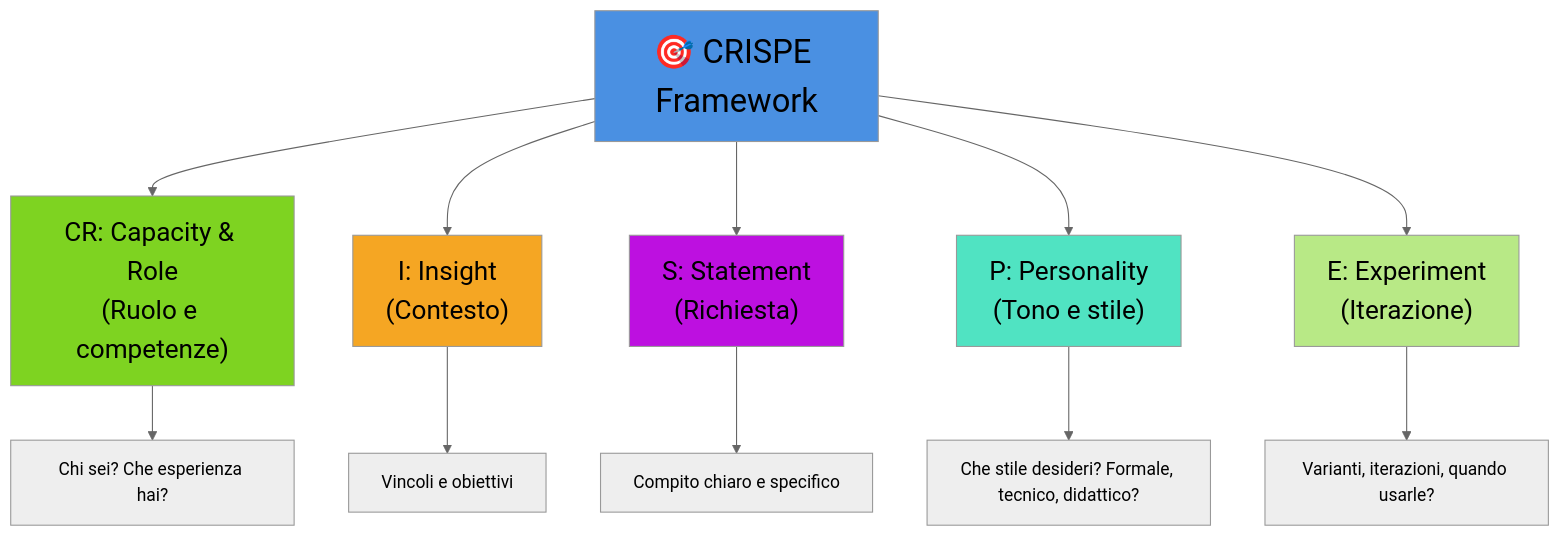
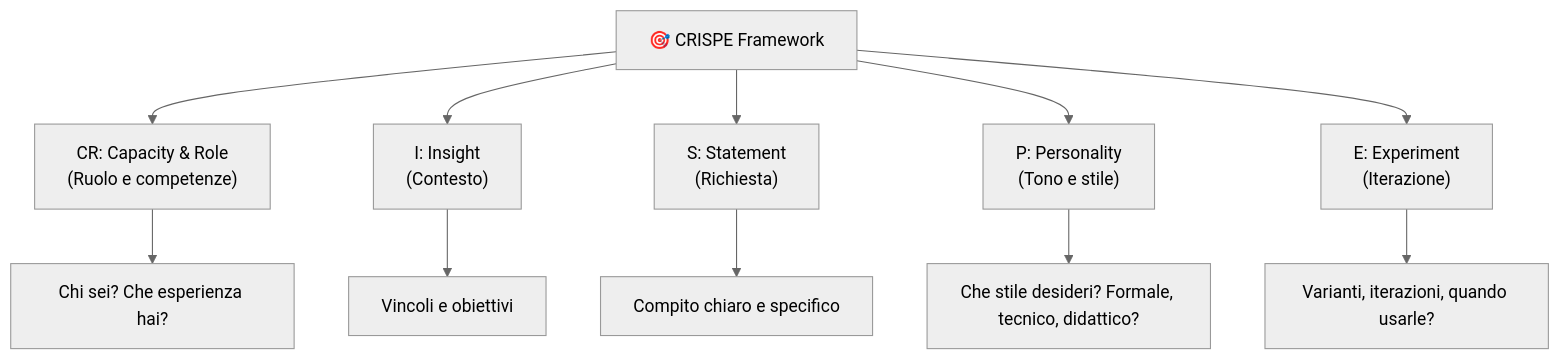
One commit to gdegani/its_slides_ai changed the first of 2 diagrams in pages/slides_lezione2a.md. Above: the diagram before and after it, drawn with Mermaid (neutral theme). The commit also changed other lines of this file and 2 other files, not shown here.

Commit message:
refactor: remove unnecessary styles and update content in slides

````diff
--- a/pages/slides_lezione2a.md
+++ b/pages/slides_lezione2a.md
@@ -87,28 +87,22 @@
 ```mermaid
 graph TD
     A["🎯 CRISPE Framework"] --> B["CR: Capacity & Role<br/>(Ruolo e competenze)"]
     A --> C["I: Insight<br/>(Contesto)"]
     A --> D["S: Statement<br/>(Richiesta)"]
     A --> E["P: Personality<br/>(Tono e stile)"]
     A --> F["E: Experiment<br/>(Iterazione)"]
     
     B --> B1["Chi sei? Che esperienza hai?"]
     
 
     C --> C2["Vincoli e obiettivi"]
     
     
     D --> D1["Compito chiaro e specifico"]
 
     
     E --> E1["Che stile desideri? Formale, tecnico, didattico?"]
     
     F --> F1["Varianti, iterazioni, quando usarle?"]
     
-    style A fill:#4a90e2,font-size:30px 
-    style B fill:#7ed321,font-size:24px 
-    style C fill:#f5a623,font-size:24px 
-    style D fill:#bd10e0,font-size:24px 
-    style E fill:#50e3c2,font-size:24px 
-    style F fill:#b8e986,font-size:24px 
 ```
````
